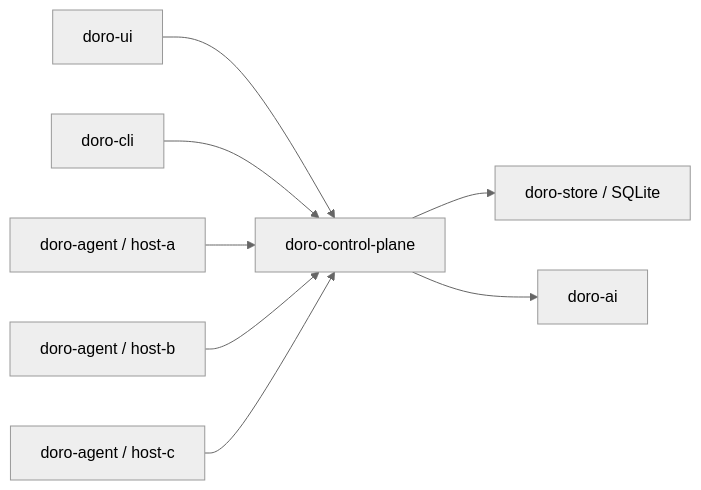
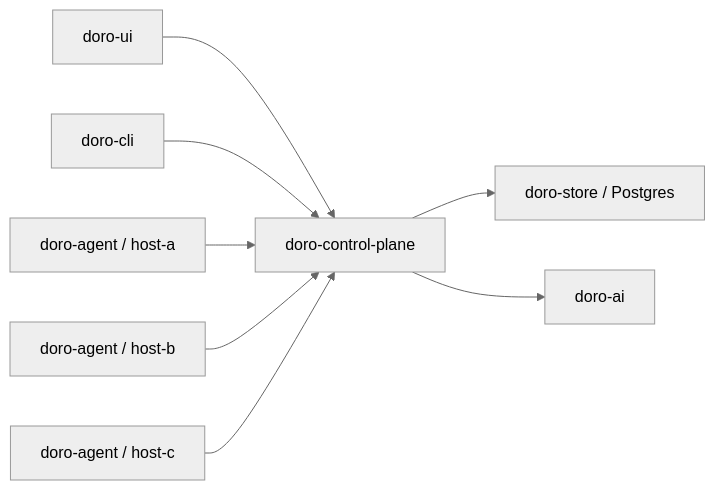
Before and after one commit to zhubby/doro: the diagram in docs/src/architecture.md, drawn with Mermaid (neutral theme). The commit also changed other lines of this file and 20 other files, not shown here.

First line of the commit message:
Add doro-config crate and migrate store to SeaORM/Postgres

````diff
--- a/docs/src/architecture.md
+++ b/docs/src/architecture.md
@@ -5,10 +5,10 @@
 ```mermaid
 flowchart LR
     UI["doro-ui"] --> CP["doro-control-plane"]
     CLI["doro-cli"] --> CP
-    CP --> Store["doro-store / SQLite"]
+    CP --> Store["doro-store / Postgres"]
     CP --> AI["doro-ai"]
     A1["doro-agent / host-a"] --> CP
     A2["doro-agent / host-b"] --> CP
     A3["doro-agent / host-c"] --> CP
 ```
````
